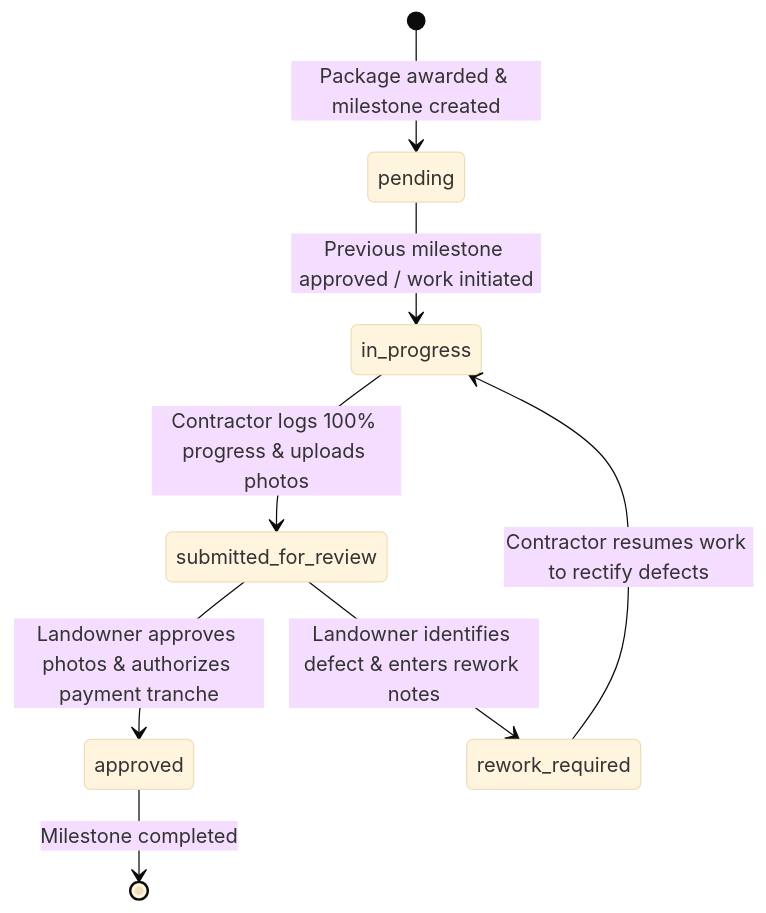
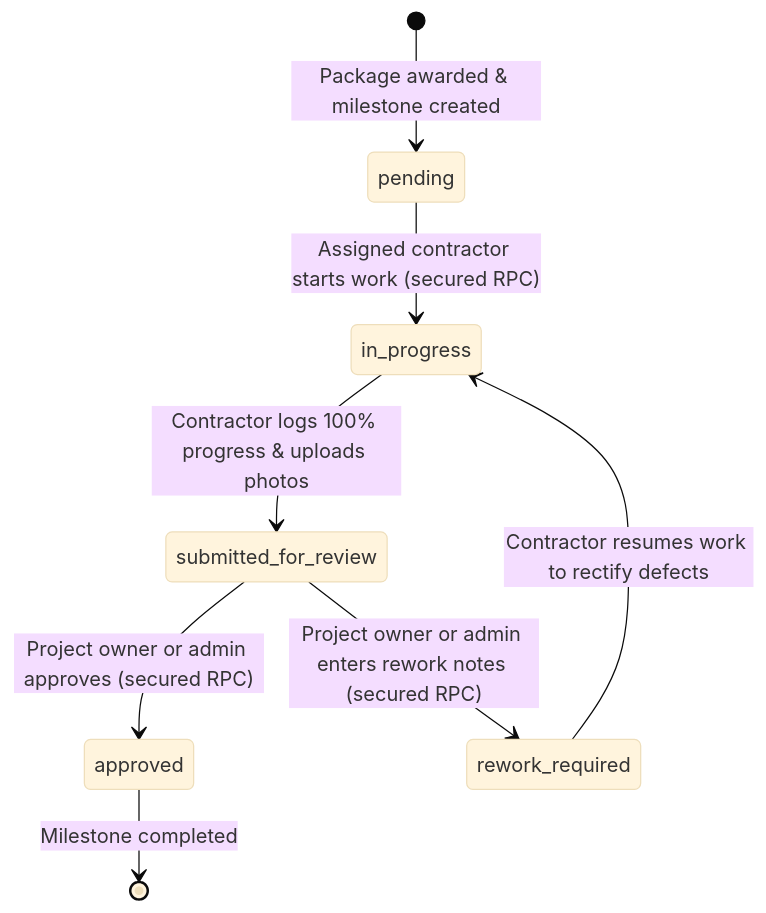
The diagram in docs/03-system-design/diagrams/state-milestone.mmd (Mahmoud-ELsayed520/BuildMatch), drawn with Mermaid (base theme) before and after one commit. The commit also changed 45 other files, not shown here.

```diff
--- a/docs/03-system-design/diagrams/state-milestone.mmd
+++ b/docs/03-system-design/diagrams/state-milestone.mmd
@@ -1,13 +1,13 @@
 stateDiagram-v2
   [*] --> pending : Package awarded & milestone created
 
-  pending --> in_progress : Previous milestone approved / work initiated
+  pending --> in_progress : Assigned contractor starts work (secured RPC)
 
   in_progress --> submitted_for_review : Contractor logs 100% progress & uploads photos
 
-  submitted_for_review --> approved : Landowner approves photos & authorizes payment tranche
-  submitted_for_review --> rework_required : Landowner identifies defect & enters rework notes
+  submitted_for_review --> approved : Project owner or admin approves (secured RPC)
+  submitted_for_review --> rework_required : Project owner or admin enters rework notes (secured RPC)
 
   rework_required --> in_progress : Contractor resumes work to rectify defects
 
   approved --> [*] : Milestone completed
```
